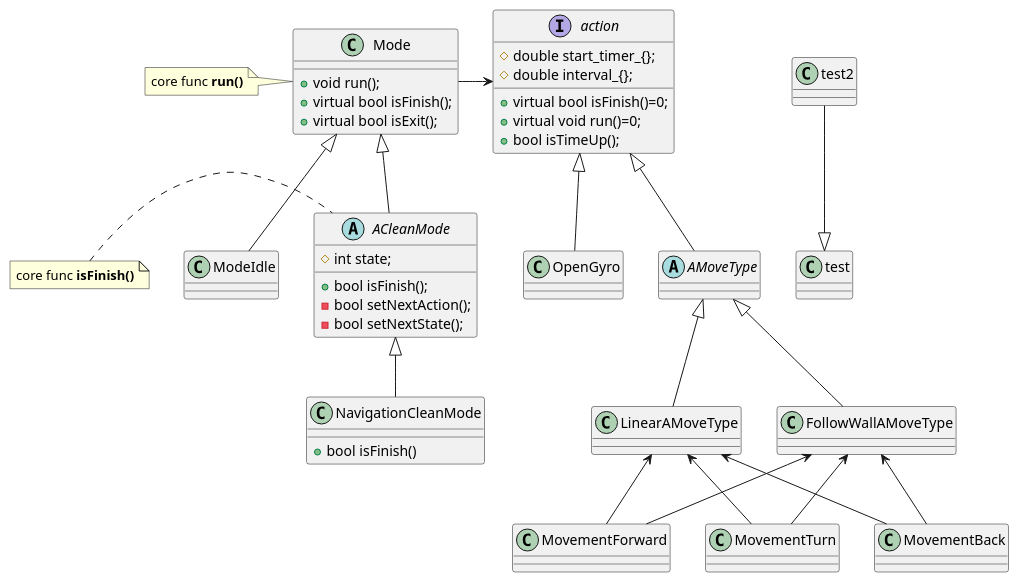
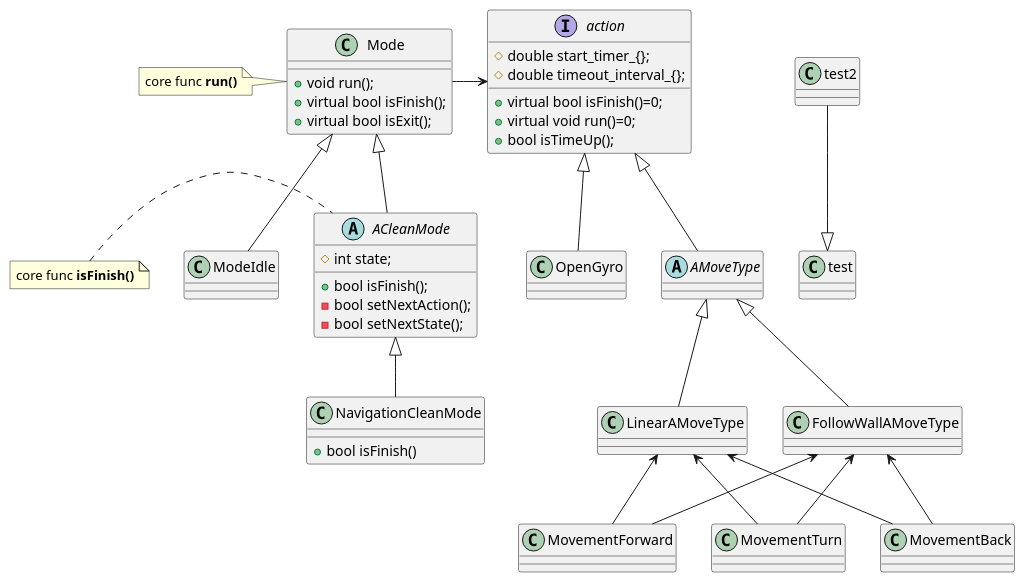
Before and after one commit to lsy563193/dotfiles: the diagram in pp.puml, drawn with PlantUML. The commit also changed 17 other files, not shown here.

```diff
--- a/pp.puml
+++ b/pp.puml
@@ -1,52 +1,52 @@
 @startuml
 Mode ----right----> action
 ACleanMode -up-|> Mode
 ModeIdle -up-|> Mode
 NavigationCleanMode -up-|>ACleanMode
 OpenGyro -up-|> action
 AMoveType -up-|> action
 
 LinearAMoveType -up-|> AMoveType
 FollowWallAMoveType -up-|> AMoveType
 
 MovementForward -up-> FollowWallAMoveType
 MovementTurn -up-> FollowWallAMoveType
 MovementBack -up-> FollowWallAMoveType
 
 MovementForward -up-> LinearAMoveType
 MovementTurn -up-> LinearAMoveType
 MovementBack -up-> LinearAMoveType
 
 
 Interface action{
   +virtual bool isFinish()=0;
   +virtual void run()=0;
   +bool isTimeUp();
 
  #double start_timer_{};
- #double interval_{};
+ #double timeout_interval_{};
 }
 
 class Mode{
 	+void run();
 	+virtual bool isFinish();
 	+virtual bool isExit();
 }
 
 abstract ACleanMode{
  +bool isFinish();
  -bool setNextAction();
  -bool setNextState();
 	#int state;
 }
 
 abstract AMoveType
 class NavigationCleanMode {
  +bool isFinish()
 }
 note left of Mode : core func **run()**
 note left of ACleanMode : core func **isFinish()**
 
 test2 --|> test
 class test
 @enduml
```
